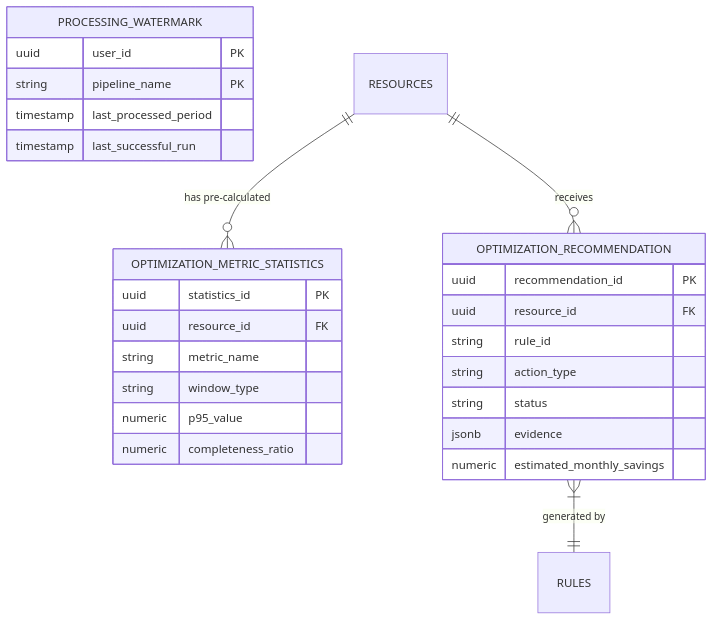
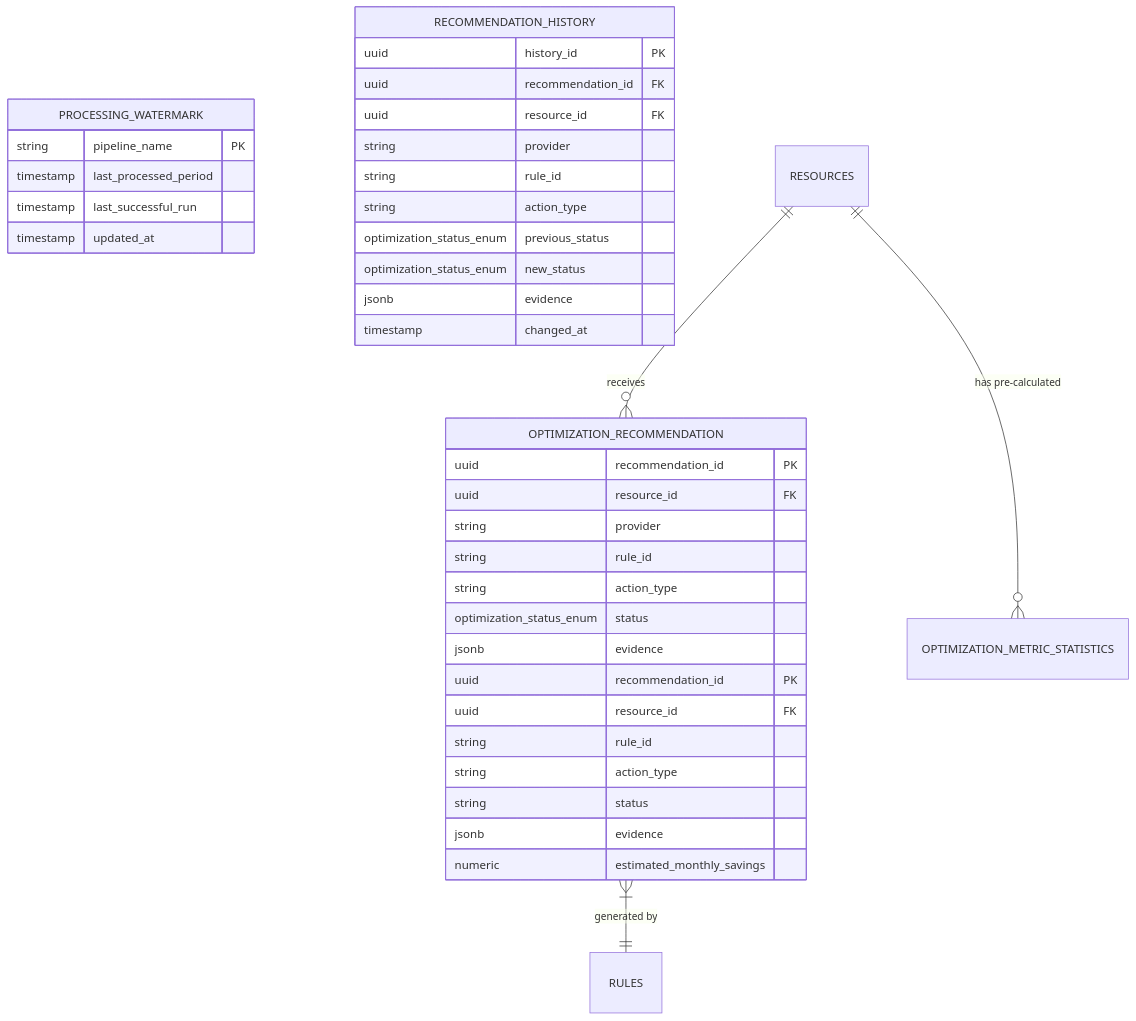
The fourth of 4 diagrams in docs/services/optimization-recommendation.md (COS301-SE-2026/CloudSherpa), drawn with Mermaid before and after one commit. The commit also changed other lines of this file, not shown here.

````diff
--- a/docs/services/optimization-recommendation.md
+++ b/docs/services/optimization-recommendation.md
@@ -245,32 +248,46 @@
 ```mermaid
 erDiagram
     PROCESSING_WATERMARK {
-        uuid user_id PK
         string pipeline_name PK
         timestamp last_processed_period
         timestamp last_successful_run
+        timestamp updated_at
     }
     
-    OPTIMIZATION_METRIC_STATISTICS {
-        uuid statistics_id PK
+    OPTIMIZATION_RECOMMENDATION {
+        uuid recommendation_id PK
         uuid resource_id FK
-        string metric_name
-        string window_type
-        numeric p95_value
-        numeric completeness_ratio
+        string provider
+        string rule_id
+        string action_type
+        optimization_status_enum status
+        jsonb evidence
     }
     
     OPTIMIZATION_RECOMMENDATION {
         uuid recommendation_id PK
         uuid resource_id FK
         string rule_id
         string action_type
         string status
         jsonb evidence
         numeric estimated_monthly_savings
     }
 
+    RECOMMENDATION_HISTORY {
+        uuid history_id PK
+        uuid recommendation_id FK
+        uuid resource_id FK
+        string provider
+        string rule_id
+        string action_type
+        optimization_status_enum previous_status
+        optimization_status_enum new_status
+        jsonb evidence
+        timestamp changed_at
+    }
+
     RESOURCES ||--o{ OPTIMIZATION_METRIC_STATISTICS : "has pre-calculated"
     RESOURCES ||--o{ OPTIMIZATION_RECOMMENDATION : "receives"
     OPTIMIZATION_RECOMMENDATION }|--|| RULES : "generated by"
 ```
````
